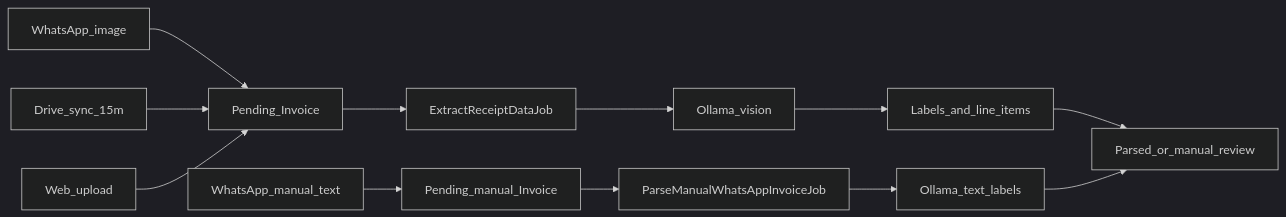
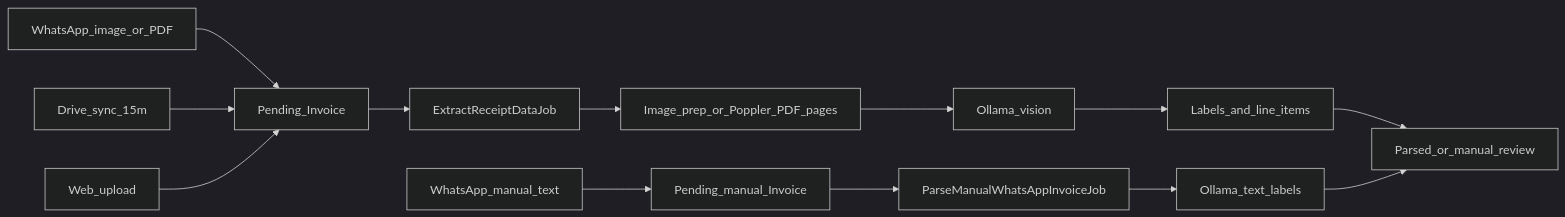
The diagram in README.md (Amirul96shafiq/tido), drawn with Mermaid (dark theme) before and after one commit. The commit also changed other lines of this file and 14 other files, not shown here.

First line of the commit message:
docs: enhance PDF receipt processing and WhatsApp LID functionality

````diff
--- a/README.md
+++ b/README.md
@@ -71,14 +71,15 @@
 ```mermaid
 flowchart LR
-  waImg[WhatsApp_image] --> pending[Pending_Invoice]
+  waMedia[WhatsApp_image_or_PDF] --> pending[Pending_Invoice]
   waText[WhatsApp_manual_text] --> pendingManual[Pending_manual_Invoice]
   drive[Drive_sync_15m] --> pending
   upload[Web_upload] --> pending
   pending --> job[ExtractReceiptDataJob]
-  job --> ollama[Ollama_vision]
+  job --> prep[Image_prep_or_Poppler_PDF_pages]
+  prep --> ollama[Ollama_vision]
   ollama --> items[Labels_and_line_items]
   items --> review[Parsed_or_manual_review]
   pendingManual --> labelJob[ParseManualWhatsAppInvoiceJob]
   labelJob --> ollamaText[Ollama_text_labels]
   ollamaText --> review
 ```
````
